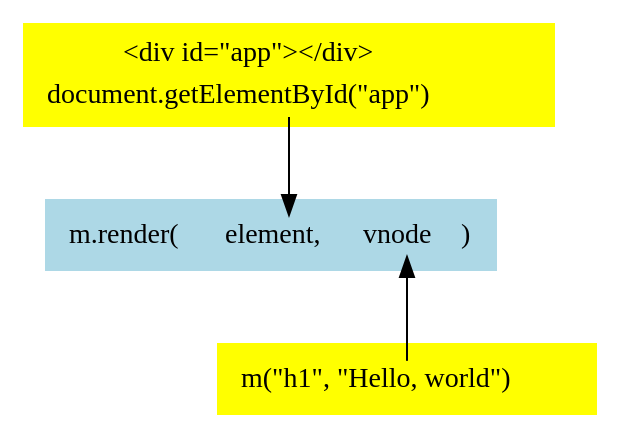
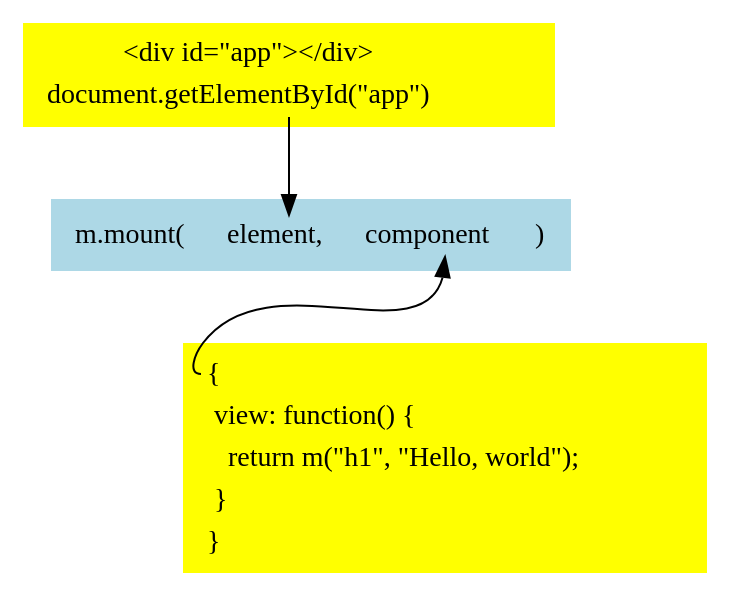
Before and after one commit to foxdonut/meiosis: the diagram in tutorial/images/01-hello-world-01.dot, drawn with Graphviz. The commit also changed 6 other files, not shown here.

```diff
--- a/tutorial/images/01-hello-world-01.dot
+++ b/tutorial/images/01-hello-world-01.dot
@@ -1,34 +1,46 @@
 digraph meiosistutorial {
-  mrender [shape="plaintext", style="filled", fillcolor="lightblue", label=<
+  mmount [shape="plaintext", style="filled", fillcolor="lightblue", label=<
     <table border="0">
       <tr>
-        <td>m.render(</td>
+        <td>m.mount(</td>
         <td port="element">element,</td>
-        <td port="view">vnode</td>
+        <td port="view">component</td>
         <td>)</td>
       </tr>
     </table>
   >]
 
   element [shape="plaintext", style="filled", fillcolor="yellow", label=<
     <table border="0">
       <tr>
         <td>&lt;div id="app"&gt;&lt;/div&gt;</td>
       </tr>
       <tr>
         <td port="app">document.getElementById("app")</td>
       </tr>
     </table>
   >]
 
   view [shape="plaintext", style="filled", fillcolor="yellow", label=<
     <table border="0">
       <tr>
-        <td port="mview">m("h1", "Hello, world")</td>
+        <td port="mview" align="left">{</td>
+      </tr>
+      <tr>
+        <td align="left">  view: function() { </td>
+      </tr>
+      <tr>
+        <td align="left">    return m("h1", "Hello, world");</td>
+      </tr>
+      <tr>
+        <td align="left">  }</td>
+      </tr>
+      <tr>
+        <td align="left">}</td>
       </tr>
     </table>
   >]
 
-  element:app -> mrender:element [label=""]
-  mrender:view -> view:mview [label="", dir="back"]
+  element:app -> mmount:element [label=""]
+  mmount:view -> view:mview [label="", dir="back"]
 }
```
